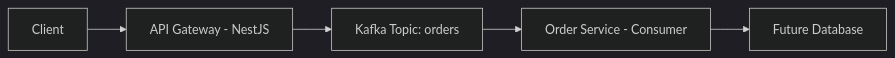
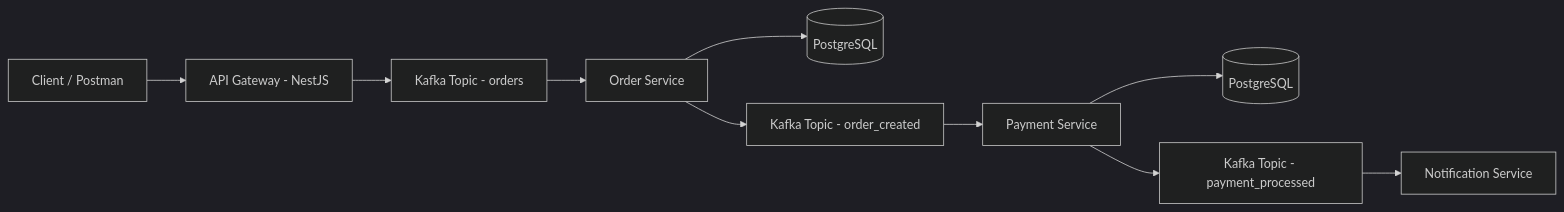
Before and after one commit to sk035018/e-commerce: the diagram in README.md, drawn with Mermaid (dark theme). The commit also changed other lines of this file and 29 other files, not shown here.

Commit message:
feat: add payment and notification microservices with kafka event chaining

````diff
--- a/README.md
+++ b/README.md
@@ -8,7 +13,14 @@
 ```mermaid
 flowchart LR
-    Client --> API["API Gateway - NestJS"]
-    API --> Kafka["Kafka Topic: orders"]
-    Kafka --> OrderService["Order Service - Consumer"]
-    OrderService --> DB["Future Database"]
+    Client[Client / Postman] --> API["API Gateway - NestJS"]
+    API --> OrdersTopic["Kafka Topic - orders"]
+    OrdersTopic --> OrderService["Order Service"]
+    OrderService --> DB1[(PostgreSQL)]
+
+    OrderService --> OrderCreated["Kafka Topic - order_created"]
+    OrderCreated --> PaymentService["Payment Service"]
+    PaymentService --> DB2[(PostgreSQL)]
+
+    PaymentService --> PaymentProcessed["Kafka Topic - payment_processed"]
+    PaymentProcessed --> NotificationService["Notification Service"]
 ```
````
